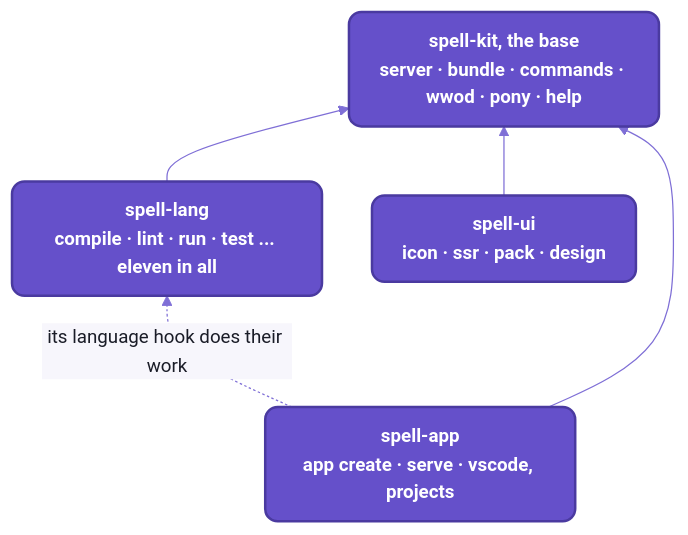
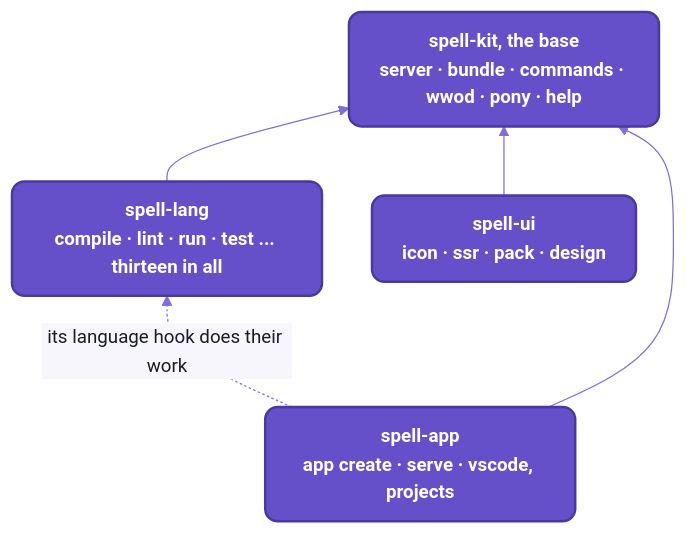
Before and after one commit to spell-app/spell: the diagram in README-cli.md, drawn with Mermaid. The commit also changed other lines of this file and 4 other files, not shown here.

````diff
--- a/README-cli.md
+++ b/README-cli.md
@@ -123,13 +123,13 @@
 ```mermaid
 %%{init: {"theme":"base","themeVariables":{"fontFamily":"-apple-system, BlinkMacSystemFont, Segoe UI, Helvetica, Arial, sans-serif","fontSize":"15px","primaryColor":"#EFECFB","primaryBorderColor":"#6550CA","primaryTextColor":"#1A1C27","secondaryColor":"#F4F1E9","tertiaryColor":"#F7F6FC","lineColor":"#7F6FD6","textColor":"#7F6FD6","clusterBkg":"#F7F6FC","clusterBorder":"#B9B0E8","titleColor":"#1A1C27","edgeLabelBackground":"#F7F6FC","actorBkg":"#EFECFB","actorBorder":"#6550CA","actorTextColor":"#1A1C27","actorLineColor":"#9C90DE","signalColor":"#7F6FD6","signalTextColor":"#7F6FD6","labelBoxBkgColor":"#EFECFB","labelBoxBorderColor":"#6550CA","labelTextColor":"#1A1C27","loopTextColor":"#7F6FD6","noteBkgColor":"#F1E7D4","noteBorderColor":"#C9B48A","noteTextColor":"#1A1C27","activationBkgColor":"#DCD6F7","activationBorderColor":"#6550CA","sequenceNumberColor":"#FFFFFF"},"flowchart":{"curve":"basis","padding":12,"nodeSpacing":40,"rankSpacing":44}}}%%
 flowchart BT
   base["spell-kit, the base<br/>server · bundle · commands · wwod · pony · help"]
-  lang["spell-lang<br/>compile · lint · run · test ... eleven in all"] --> base
+  lang["spell-lang<br/>compile · lint · run · test ... thirteen in all"] --> base
   ui["spell-ui<br/>icon · ssr · pack · design"] --> base
   app["spell-app<br/>app create · serve · vscode, projects"] --> base
   app -. "its language hook does their work" .-> lang
   %% the Spell look:  yarn mermaid:pretty
   classDef default fill:#EFECFB,stroke:#6550CA,stroke-width:1.5px,color:#1A1C27,rx:8px,ry:8px
   classDef repo fill:#6550CA,stroke:#4A3AA0,stroke-width:2px,color:#FFFFFF,rx:10px,ry:10px,font-weight:600
   class base,lang,ui,app repo
 ```
````
